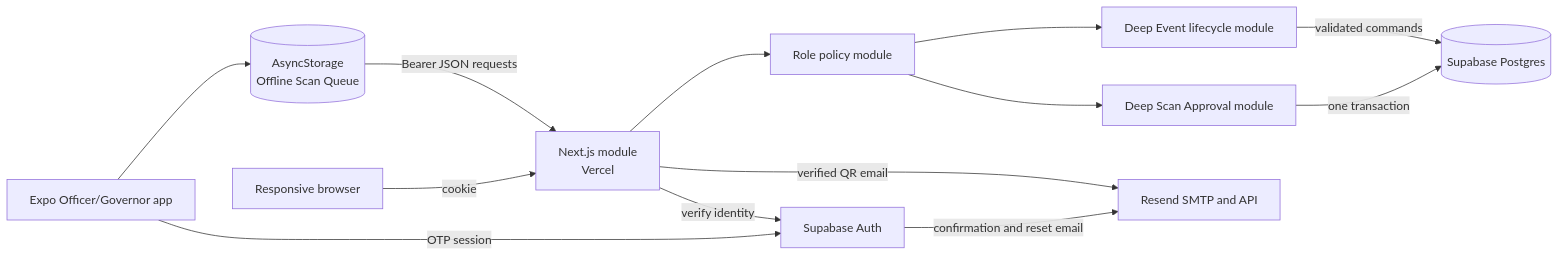
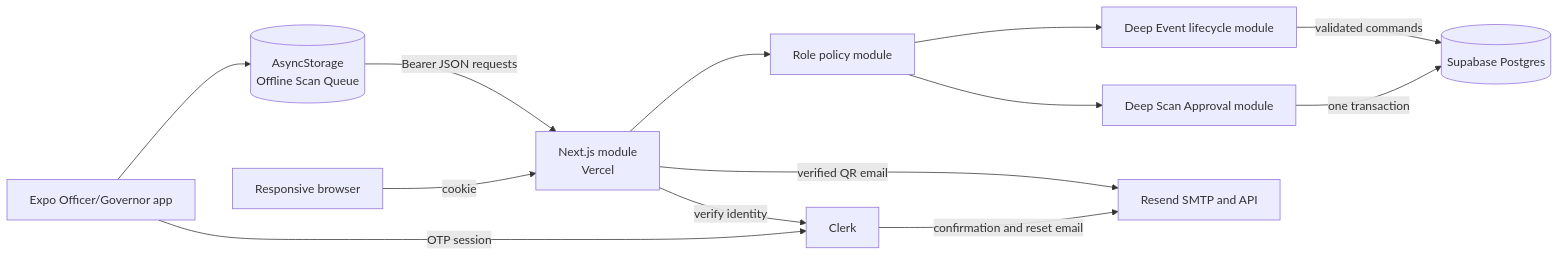
One commit to NCF-CCS-Opensource/csc changed the diagram in docs/system-design.md. Above: the diagram before and after it, drawn with Mermaid. The commit also changed other lines of this file and 2 other files, not shown here.

````diff
--- a/docs/system-design.md
+++ b/docs/system-design.md
@@ -47,26 +47,26 @@
 ```mermaid
 flowchart LR
     Browser[Responsive browser]
     Mobile[Expo Officer/Governor app]
     Queue[(AsyncStorage<br/>Offline Scan Queue)]
     Vercel[Next.js module<br/>Vercel]
     Role[Role policy module]
     Scan[Deep Scan Approval module]
     Event[Deep Event lifecycle module]
-    Auth[Supabase Auth]
+    Auth[Clerk]
     DB[(Supabase Postgres)]
     Resend[Resend SMTP and API]
 
     Browser -->|cookie| Vercel
     Mobile -->|OTP session| Auth
     Mobile --> Queue
     Queue -->|Bearer JSON requests| Vercel
     Vercel -->|verify identity| Auth
     Vercel --> Role
     Role --> Scan
     Role --> Event
     Scan -->|one transaction| DB
     Event -->|validated commands| DB
     Auth -->|confirmation and reset email| Resend
     Vercel -->|verified QR email| Resend
 ```
````
